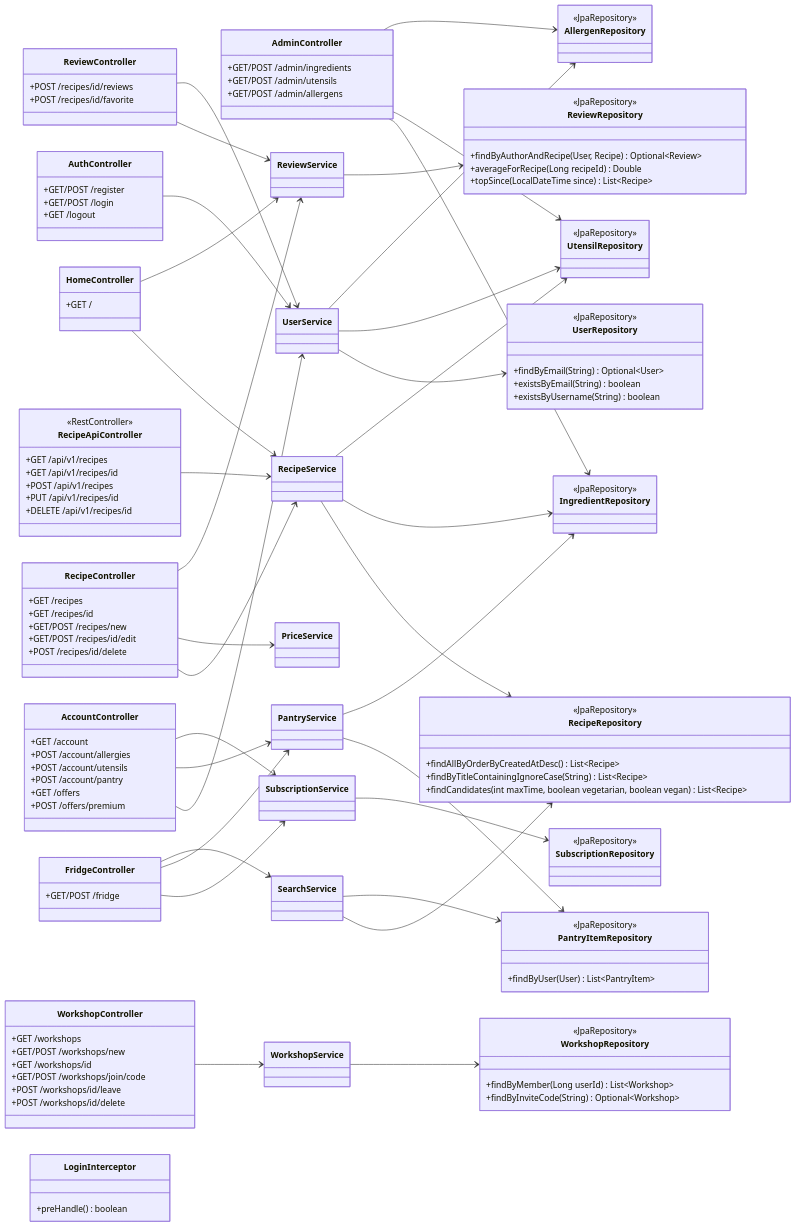
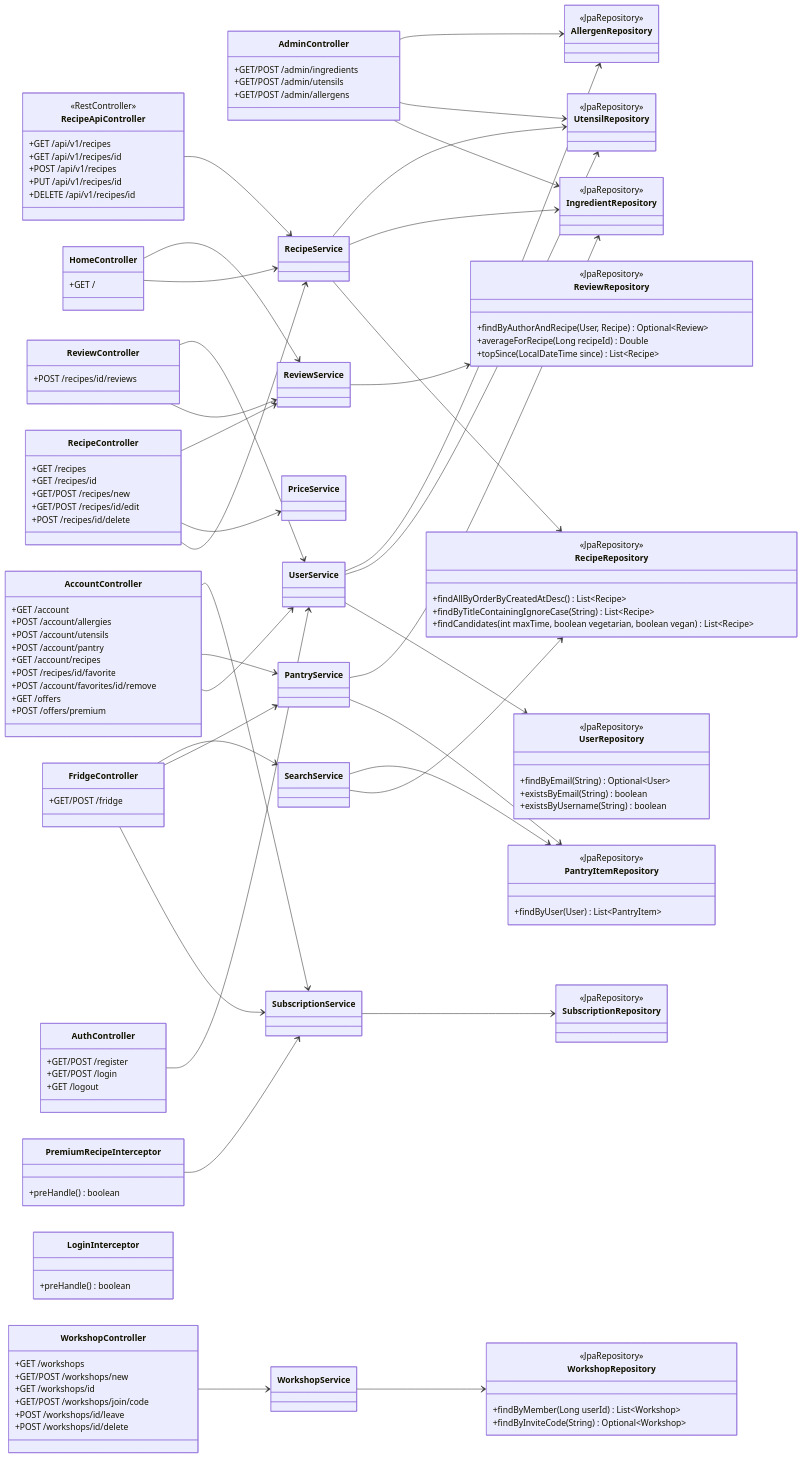
The third of 10 diagrams in diagramme-uml.md (CookieCode5/CookieApp), drawn with Mermaid before and after one commit. The commit also changed other lines of this file, not shown here.

Commit message:
docs(uml): favorites, premium interceptor and recipe category

```diff
--- a/diagramme-uml.md
+++ b/diagramme-uml.md
@@ -422,7 +434,6 @@
     }
     class ReviewController {
         +POST /recipes/id/reviews
-        +POST /recipes/id/favorite
     }
     class FridgeController {
         +GET/POST /fridge
@@ -432,6 +443,9 @@
         +POST /account/allergies
         +POST /account/utensils
         +POST /account/pantry
+        +GET /account/recipes
+        +POST /recipes/id/favorite
+        +POST /account/favorites/id/remove
         +GET /offers
         +POST /offers/premium
     }
@@ -457,6 +471,9 @@
         +DELETE /api/v1/recipes/id
     }
     class LoginInterceptor {
+        +preHandle() boolean
+    }
+    class PremiumRecipeInterceptor {
         +preHandle() boolean
     }
 
@@ -523,6 +540,7 @@
     AccountController --> UserService
     AccountController --> PantryService
     AccountController --> SubscriptionService
+    PremiumRecipeInterceptor --> SubscriptionService
     WorkshopController --> WorkshopService
     AdminController --> IngredientRepository
     AdminController --> UtensilRepository
```
